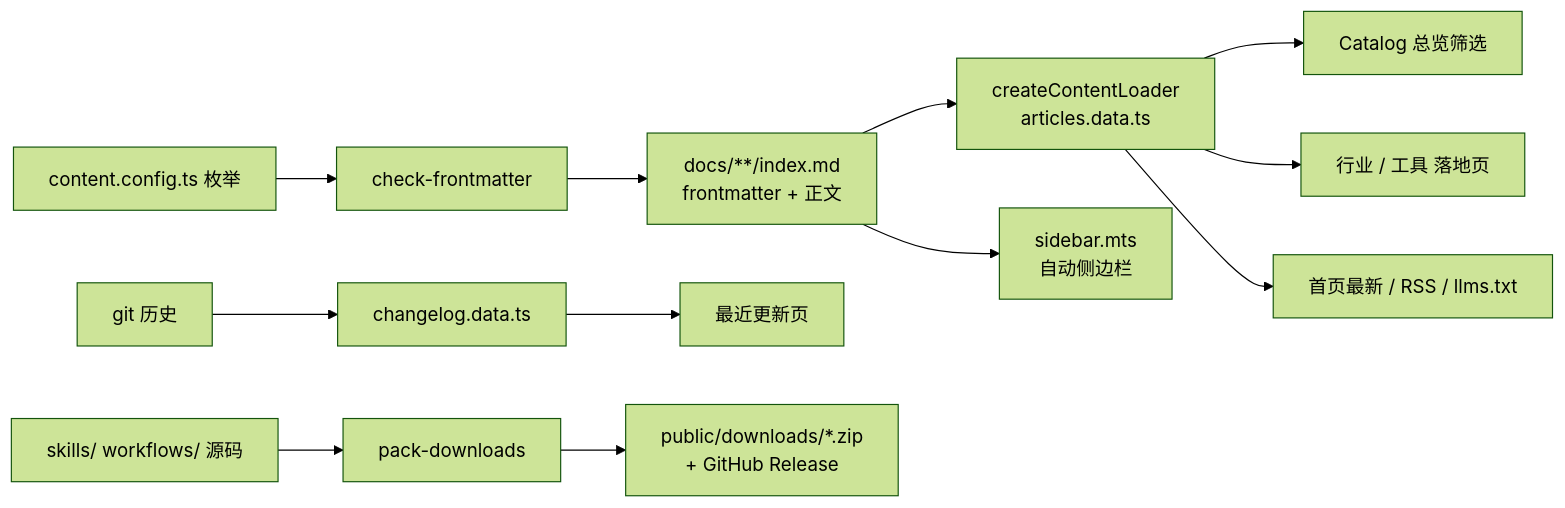
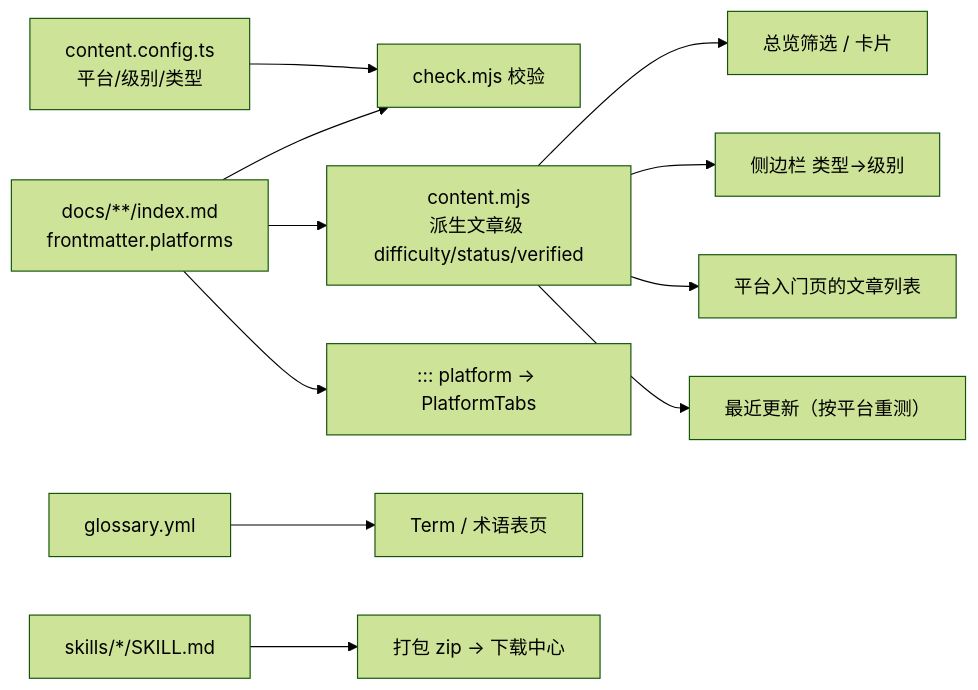
Before and after one commit to zbwork/WorkSmarterWithAI: the diagram in design/设计文档.md, drawn with Mermaid (forest theme). The commit also changed other lines of this file and 3 other files, not shown here.

````diff
--- a/design/设计文档.md
+++ b/design/设计文档.md
@@ -352,11 +427,13 @@
 ```mermaid
 flowchart LR
-  A[docs/**/index.md<br/>frontmatter + 正文] --> B[createContentLoader<br/>articles.data.ts]
-  A --> C[sidebar.mts<br/>自动侧边栏]
-  B --> D[Catalog 总览筛选]
-  B --> E[行业 / 工具 落地页]
-  B --> F[首页最新 / RSS / llms.txt]
-  G[git 历史] --> H[changelog.data.ts] --> I[最近更新页]
-  J[skills/ workflows/ 源码] --> K[pack-downloads] --> L[public/downloads/*.zip<br/>+ GitHub Release]
-  M[content.config.ts 枚举] --> N[check-frontmatter] --> A
+  CFG[content.config.ts<br/>平台/级别/类型] --> CHK[check.mjs 校验]
+  MD[docs/**/index.md<br/>frontmatter.platforms] --> CHK
+  MD --> DER[content.mjs<br/>派生文章级 difficulty/status/verified]
+  DER --> CAT[总览筛选 / 卡片]
+  DER --> SB[侧边栏 类型→级别]
+  DER --> PF[平台入门页的文章列表]
+  DER --> CL[最近更新（按平台重测）]
+  MD --> TABS[::: platform → PlatformTabs]
+  GL[glossary.yml] --> TERM[Term / 术语表页]
+  SK[skills/*/SKILL.md] --> ZIP[打包 zip → 下载中心]
 ```
````
